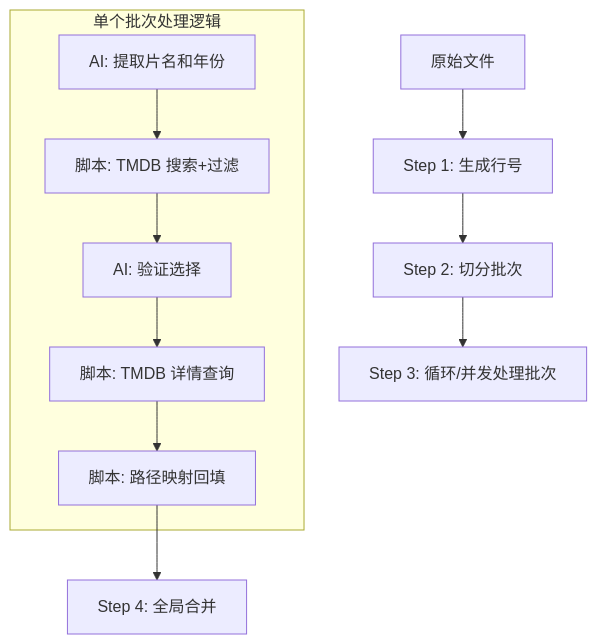
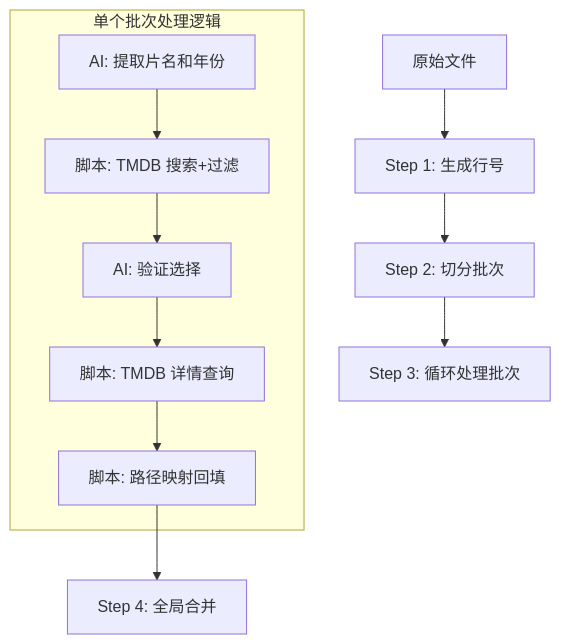
One commit to zengge96/tmdb-scrape changed the diagram in SKILL.md. Above: the diagram before and after it, drawn with Mermaid. The commit also changed other lines of this file, not shown here.

````diff
--- a/SKILL.md
+++ b/SKILL.md
@@ -12,15 +12,15 @@
 ```mermaid
 graph TD
 A[原始文件] --> B[Step 1: 生成行号]
 B --> C[Step 2: 切分批次]
-C --> D[Step 3: 循环/并发处理批次]
+C --> D[Step 3: 循环处理批次]
 
 subgraph "单个批次处理逻辑"
 D1[AI: 提取片名和年份] --> D2[脚本: TMDB 搜索+过滤]
 D2 --> D3[AI: 验证选择]
 D3 --> D4[脚本: TMDB 详情查询]
 D4 --> D5[脚本: 路径映射回填]
 end
 
 D5 --> E[Step 4: 全局合并]
 ```
````
